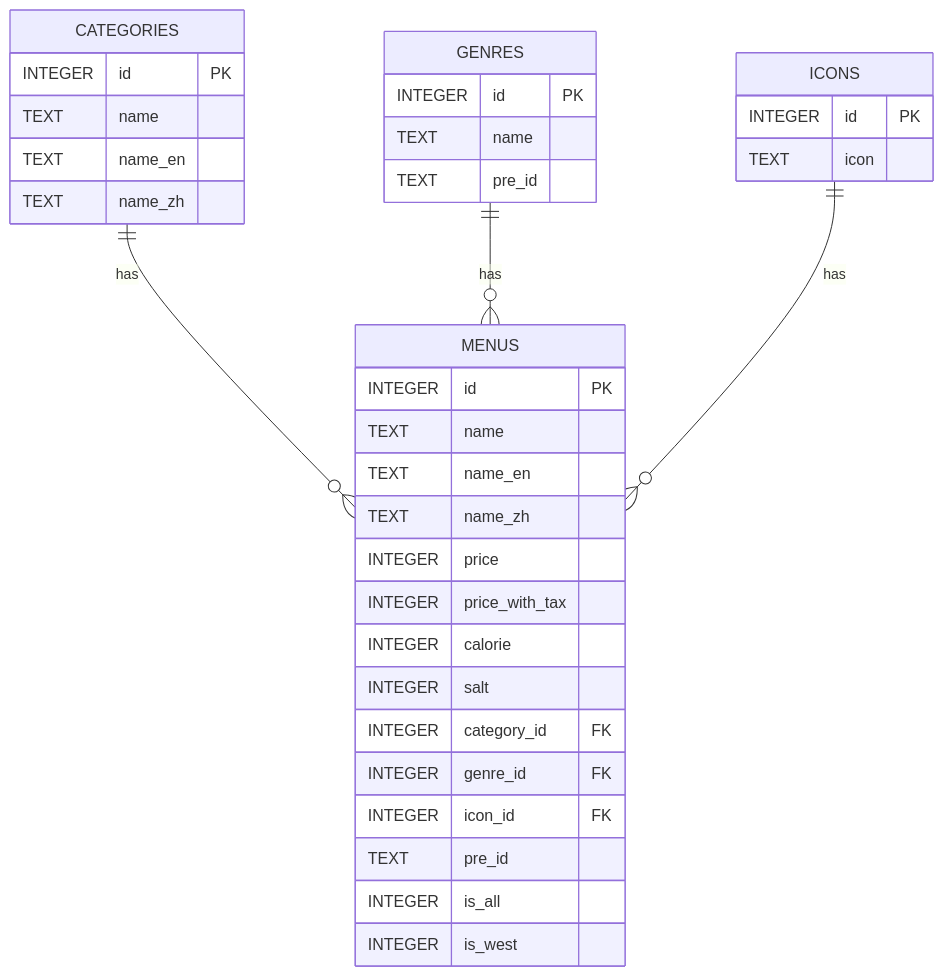
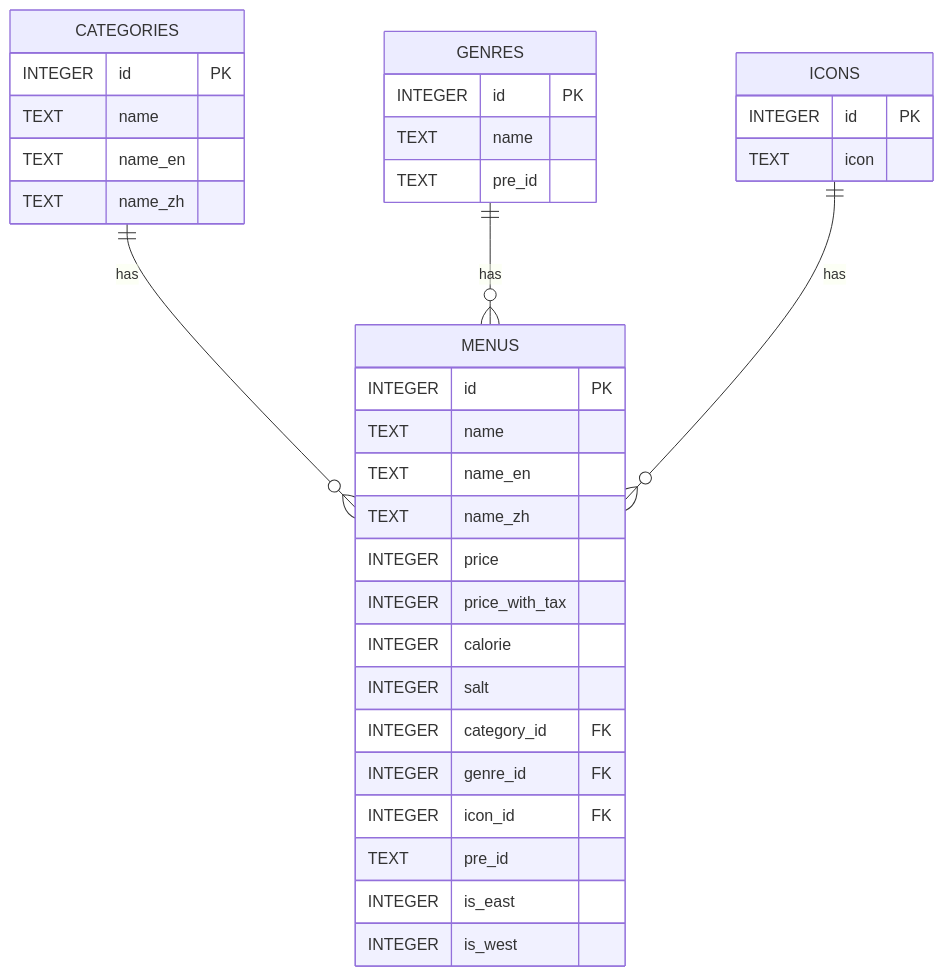
One commit to ryohidaka/saizeriya-menus changed the diagram in docs/database.md. Above: the diagram before and after it, drawn with Mermaid. The commit also changed other lines of this file and 6 other files, not shown here.

First line of the commit message:
fix: `is_all`を`is_east`に修正

````diff
--- a/docs/database.md
+++ b/docs/database.md
@@ -5,41 +5,41 @@
 ```mermaid
 erDiagram
     CATEGORIES {
         INTEGER id PK
         TEXT name
         TEXT name_en
         TEXT name_zh
     }
 
     GENRES {
         INTEGER id PK
         TEXT name
         TEXT pre_id
     }
 
     ICONS {
         INTEGER id PK
         TEXT icon
     }
 
     MENUS {
         INTEGER id PK
         TEXT name
         TEXT name_en
         TEXT name_zh
         INTEGER price
         INTEGER price_with_tax
         INTEGER calorie
         INTEGER salt
         INTEGER category_id FK
         INTEGER genre_id FK
         INTEGER icon_id FK
         TEXT pre_id
-        INTEGER is_all
+        INTEGER is_east
         INTEGER is_west
     }
 
     CATEGORIES ||--o{ MENUS: "has"
     GENRES ||--o{ MENUS: "has"
     ICONS ||--o{ MENUS: "has"
 ```
````
